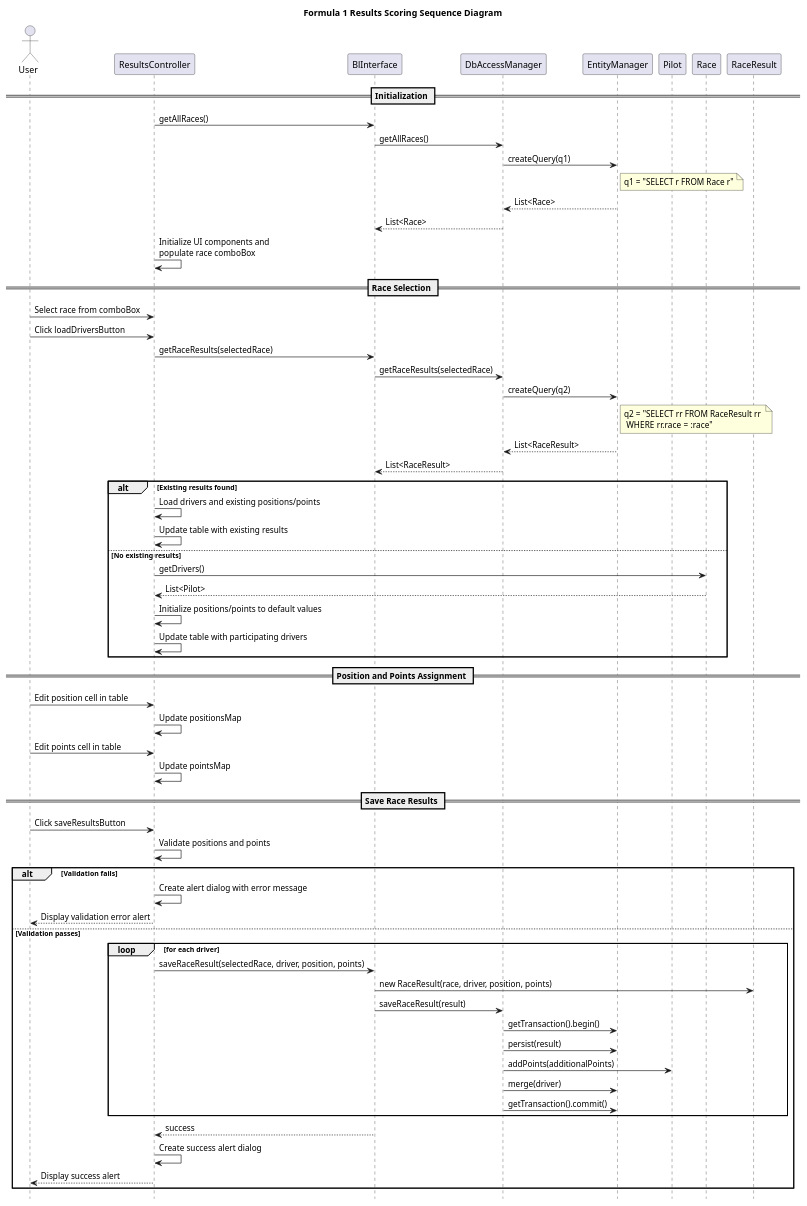
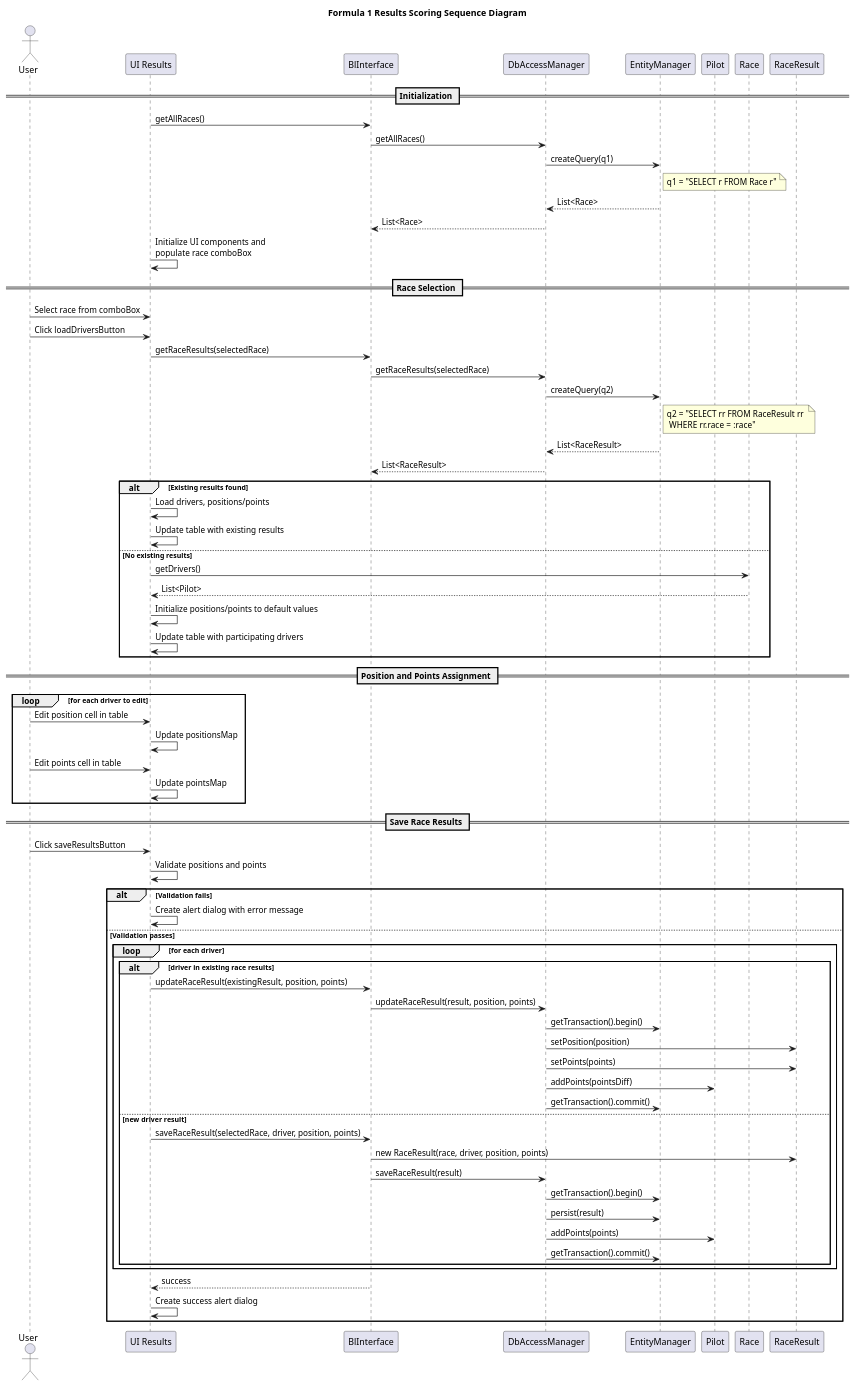
The diagram in docs/resultsScoringSequence.puml (juananpe/formula1Exam), drawn with PlantUML before and after one commit. The commit also changed 4 other files, not shown here.

Commit message:
Implement update functionality for existing race results and adjust driver's points accordingly

```diff
--- a/docs/resultsScoringSequence.puml
+++ b/docs/resultsScoringSequence.puml
@@ -1,76 +1,83 @@
 @startuml
 title Formula 1 Results Scoring Sequence Diagram
-
 actor User
-participant "ResultsController" as RC
+participant "UI Results" as RC
 participant "BlInterface" as BL
 participant "DbAccessManager" as DB
 participant "EntityManager" as EM
 participant "Pilot" as P
 participant "Race" as R
 participant "RaceResult" as RR
 
 == Initialization ==
 RC -> BL: getAllRaces()
 BL -> DB: getAllRaces()
 DB -> EM: createQuery(q1)
 note right of EM
   q1 = "SELECT r FROM Race r"
 end note
 EM --> DB: List<Race>
 DB --> BL: List<Race>
 RC -> RC: Initialize UI components and\npopulate race comboBox
 
 == Race Selection ==
 User -> RC: Select race from comboBox
 User -> RC: Click loadDriversButton
 RC -> BL: getRaceResults(selectedRace)
 BL -> DB: getRaceResults(selectedRace)
 DB -> EM: createQuery(q2)
 note right of EM
   q2 = "SELECT rr FROM RaceResult rr 
    WHERE rr.race = :race"
 end note
 EM --> DB: List<RaceResult>
 DB --> BL: List<RaceResult>
 
 alt Existing results found
-    RC -> RC: Load drivers and existing positions/points
+    RC -> RC: Load drivers, positions/points
     RC -> RC: Update table with existing results
 else No existing results
     RC -> R: getDrivers()
     R --> RC: List<Pilot>
     RC -> RC: Initialize positions/points to default values
     RC -> RC: Update table with participating drivers
 end
 
 == Position and Points Assignment ==
-User -> RC: Edit position cell in table
-RC -> RC: Update positionsMap
-User -> RC: Edit points cell in table
-RC -> RC: Update pointsMap
+loop for each driver to edit
+    User -> RC: Edit position cell in table
+    RC -> RC: Update positionsMap
+    User -> RC: Edit points cell in table
+    RC -> RC: Update pointsMap
+end
 
 == Save Race Results ==
 User -> RC: Click saveResultsButton
 RC -> RC: Validate positions and points
 alt Validation fails
     RC -> RC: Create alert dialog with error message
-    RC --> User: Display validation error alert
 else Validation passes
     loop for each driver
-        RC -> BL: saveRaceResult(selectedRace, driver, position, points)
-        BL -> RR: new RaceResult(race, driver, position, points)
-        BL -> DB: saveRaceResult(result)
-        DB -> EM: getTransaction().begin()
-        DB -> EM: persist(result)
-        DB -> P: addPoints(additionalPoints)
-        DB -> EM: merge(driver)
-        DB -> EM: getTransaction().commit()
+        alt driver in existing race results
+            RC -> BL: updateRaceResult(existingResult, position, points)
+            BL -> DB: updateRaceResult(result, position, points)
+            DB -> EM: getTransaction().begin()
+            DB -> RR: setPosition(position)
+            DB -> RR: setPoints(points)
+            DB -> P: addPoints(pointsDiff)
+            DB -> EM: getTransaction().commit()
+        else new driver result
+            RC -> BL: saveRaceResult(selectedRace, driver, position, points)
+            BL -> RR: new RaceResult(race, driver, position, points)
+            BL -> DB: saveRaceResult(result)
+            DB -> EM: getTransaction().begin()
+            DB -> EM: persist(result)
+            DB -> P: addPoints(points)
+            DB -> EM: getTransaction().commit()
+        end
     end
     BL --> RC: success
     RC -> RC: Create success alert dialog
-    RC --> User: Display success alert
 end
 
-hide footbox
 @enduml
```
